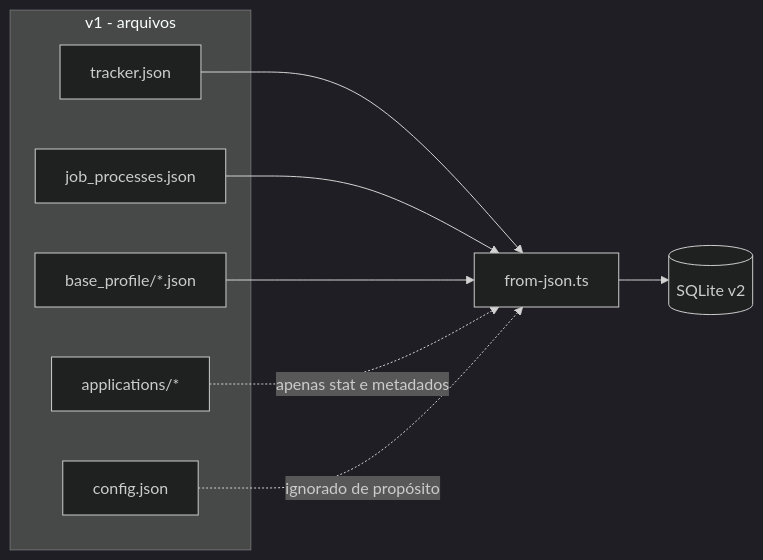
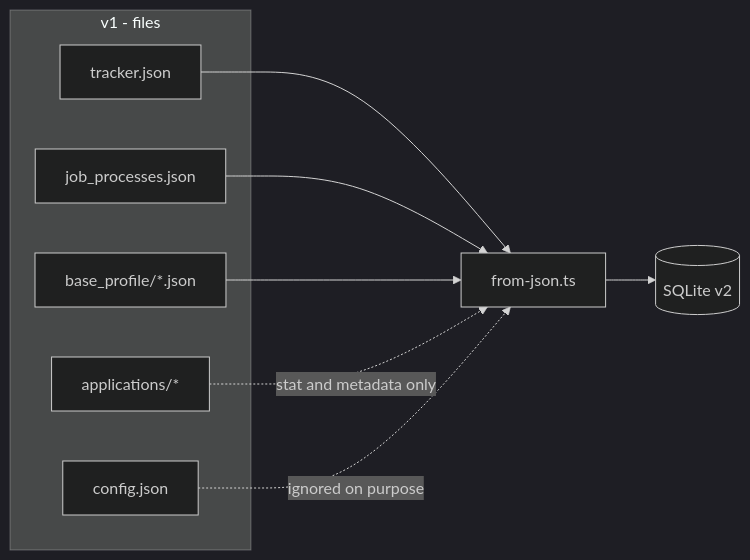
Before and after one commit to HDias/job-search: the diagram in docs/migration-v1-v2.md, drawn with Mermaid (dark theme). The commit also changed other lines of this file and 29 other files, not shown here.

````diff
--- a/docs/migration-v1-v2.md
+++ b/docs/migration-v1-v2.md
@@ -18,20 +19,20 @@
 ```mermaid
 flowchart LR
-  subgraph V1["v1 - arquivos"]
+  subgraph V1["v1 - files"]
     TRACKER["tracker.json"]
     PROCS["job_processes.json"]
     PROFILES["base_profile/*.json"]
     APPS["applications/*"]
     CONFIG["config.json"]
   end
 
   IMP["from-json.ts"]
   DB[("SQLite v2")]
 
   TRACKER --> IMP
   PROCS --> IMP
   PROFILES --> IMP
-  APPS -.->|"apenas stat e metadados"| IMP
-  CONFIG -.->|"ignorado de propósito"| IMP
+  APPS -.->|"stat and metadata only"| IMP
+  CONFIG -.->|"ignored on purpose"| IMP
   IMP --> DB
 ```
````
